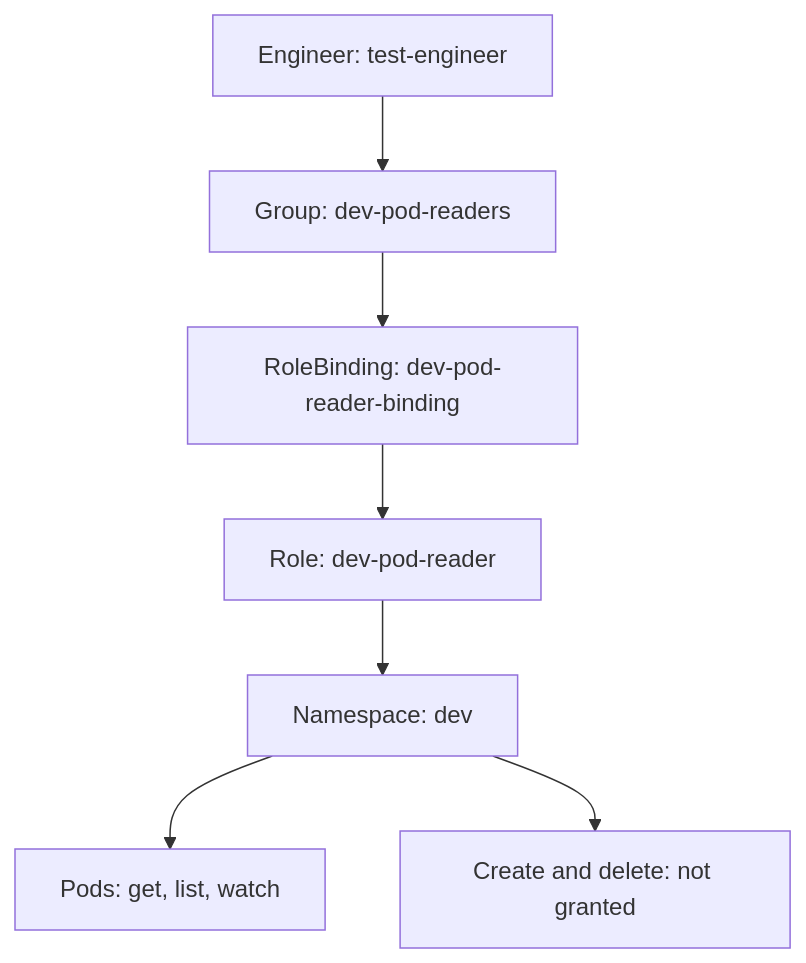
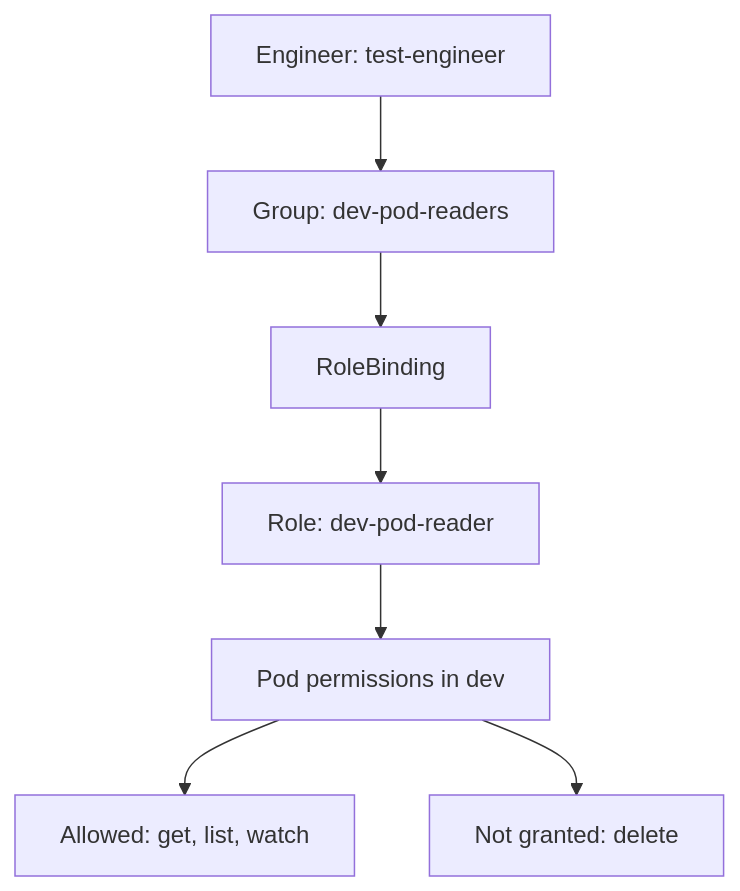
One commit to manasabitra1989/DevopsLearningJourney changed the first of 2 diagrams in AWS-EKS/Day39/README.md. Above: the diagram before and after it, drawn with Mermaid. The commit also changed other lines of this file, not shown here.

Commit message:
Day 39: Kubernetes RBAC, IAM inspection and IRSA architecture

````diff
--- a/AWS-EKS/Day39/README.md
+++ b/AWS-EKS/Day39/README.md
@@ -55,17 +109,17 @@
 ```mermaid
 flowchart TD
     A["Engineer: test-engineer"]
     B["Group: dev-pod-readers"]
-    C["RoleBinding: dev-pod-reader-binding"]
+    C["RoleBinding"]
     D["Role: dev-pod-reader"]
-    E["Namespace: dev"]
-    F["Pods: get, list, watch"]
-    G["Create and delete: not granted"]
+    E["Pod permissions in dev"]
+    F["Allowed: get, list, watch"]
+    G["Not granted: delete"]
 
     A --> B
     B --> C
     C --> D
     D --> E
     E --> F
     E --> G
 ```
````
